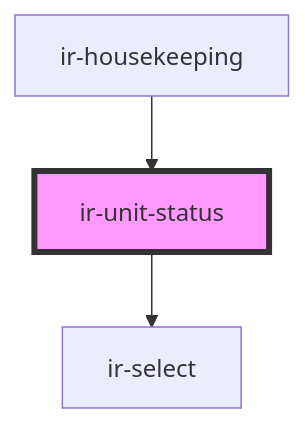
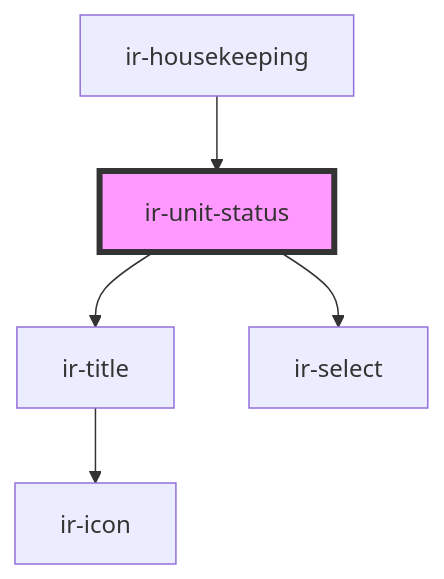
The diagram in src/components/ir-housekeeping/ir-unit-status/readme.md (David1Chowaifaty/modified-ir-webcmp), drawn with Mermaid before and after one commit. The commit also changed other lines of this file and 16 other files, not shown here.

````diff
--- a/src/components/ir-housekeeping/ir-unit-status/readme.md
+++ b/src/components/ir-housekeeping/ir-unit-status/readme.md
@@ -19,6 +27,8 @@
 ```mermaid
 graph TD;
+  ir-unit-status --> ir-title
   ir-unit-status --> ir-select
+  ir-title --> ir-icon
   ir-housekeeping --> ir-unit-status
   style ir-unit-status fill:#f9f,stroke:#333,stroke-width:4px
 ```
````
